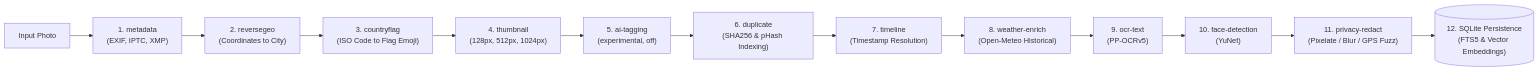
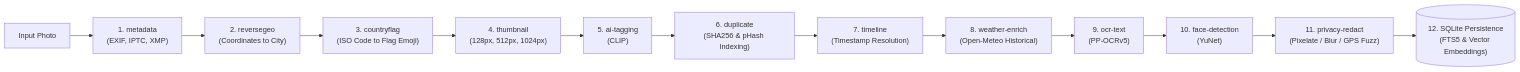
The second of 2 diagrams in README.md (Zheng-Bote/wasm_geo-host), drawn with Mermaid before and after one commit. The commit also changed other lines of this file and 35 other files, not shown here.

````diff
--- a/README.md
+++ b/README.md
@@ -105,15 +105,15 @@
 ```mermaid
 flowchart LR
     photo["Input Photo"] --> meta["1. metadata\n(EXIF, IPTC, XMP)"]
     meta --> geo["2. reversegeo\n(Coordinates to City)"]
     geo --> flag["3. countryflag\n(ISO Code to Flag Emoji)"]
     flag --> thumb["4. thumbnail\n(128px, 512px, 1024px)"]
-    thumb --> ai["5. ai-tagging\n(experimental, off)"]
+    thumb --> ai["5. ai-tagging\n(CLIP)"]
     ai --> dup["6. duplicate\n(SHA256 & pHash Indexing)"]
     dup --> time["7. timeline\n(Timestamp Resolution)"]
     time --> weather["8. weather-enrich\n(Open-Meteo Historical)"]
     weather --> ocr["9. ocr-text\n(PP-OCRv5)"]
     ocr --> face["10. face-detection\n(YuNet)"]
     face --> privacy["11. privacy-redact\n(Pixelate / Blur / GPS Fuzz)"]
     privacy --> db[("12. SQLite Persistence\n(FTS5 & Vector Embeddings)")]
 ```
````
